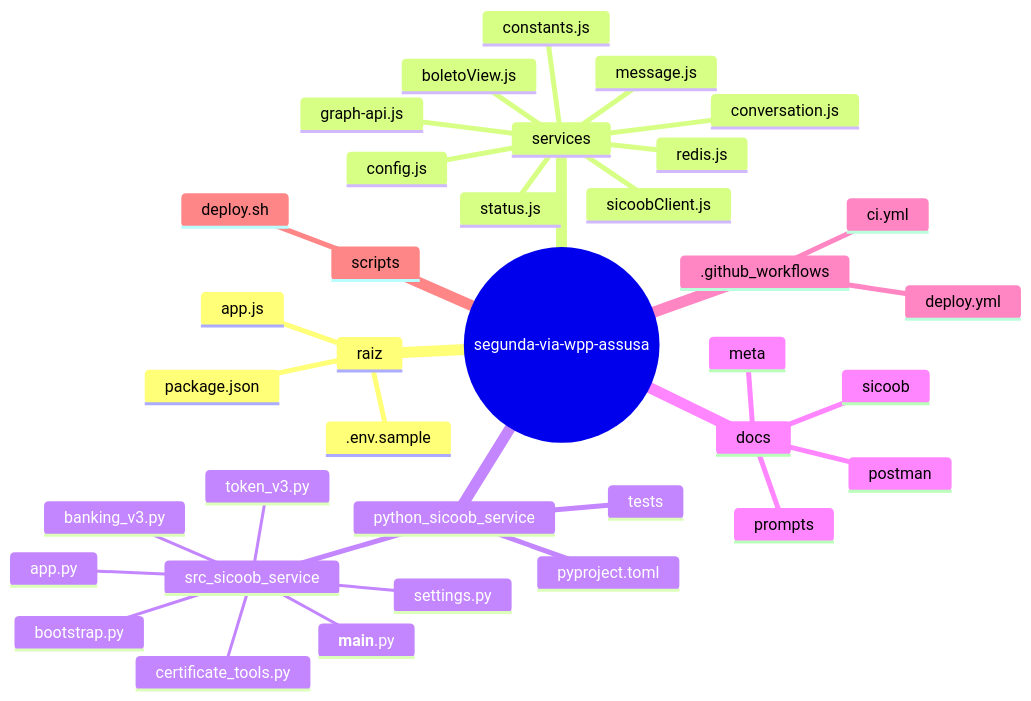
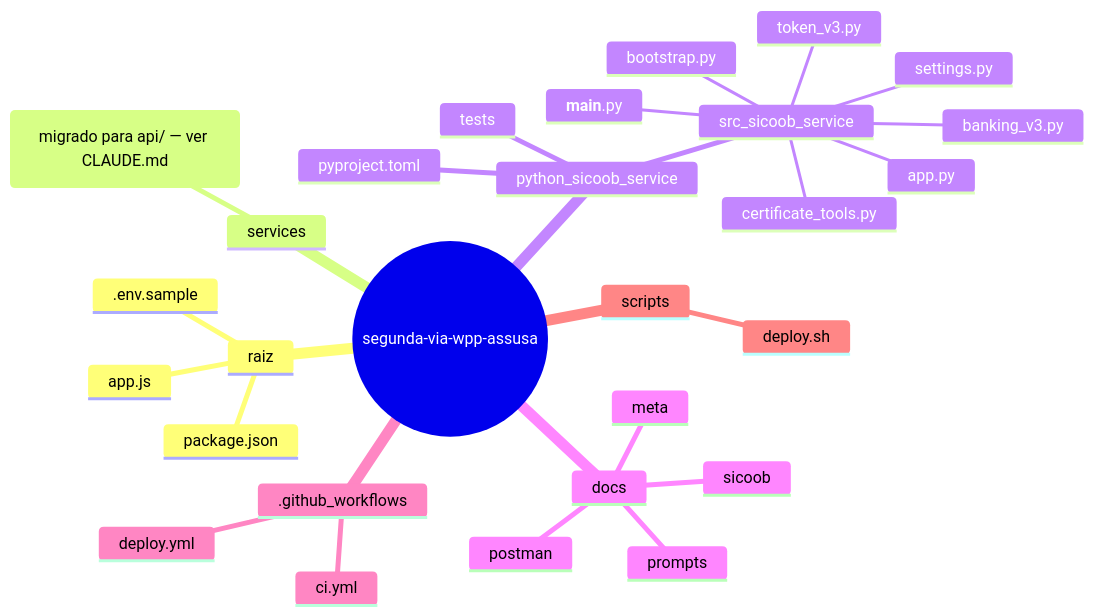
One commit to joaovianaamr/Assusa changed the first of 3 diagrams in docs/ARCHITECTURE.md. Above: the diagram before and after it, drawn with Mermaid. The commit also changed other lines of this file and 11 other files, not shown here.

````diff
--- a/docs/ARCHITECTURE.md
+++ b/docs/ARCHITECTURE.md
@@ -12,39 +12,31 @@
 ```mermaid
 mindmap
   root((segunda-via-wpp-assusa))
     raiz
       package.json
       app.js
       .env.sample
     services
-      boletoView.js
-      config.js
-      constants.js
-      conversation.js
-      graph-api.js
-      message.js
-      status.js
-      redis.js
-      sicoobClient.js
+      (migrado para api/ — ver CLAUDE.md)
     python_sicoob_service
       pyproject.toml
       src_sicoob_service
         app.py
         bootstrap.py
         settings.py
         banking_v3.py
         token_v3.py
         certificate_tools.py
         __main__.py
       tests
     docs
       meta
       sicoob
       postman
       prompts
     .github_workflows
       ci.yml
       deploy.yml
     scripts
       deploy.sh
 ```
````
